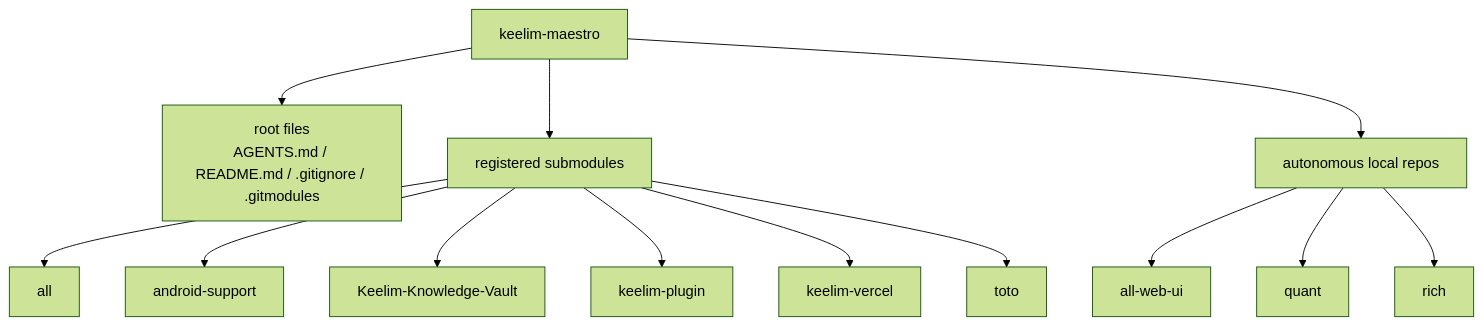
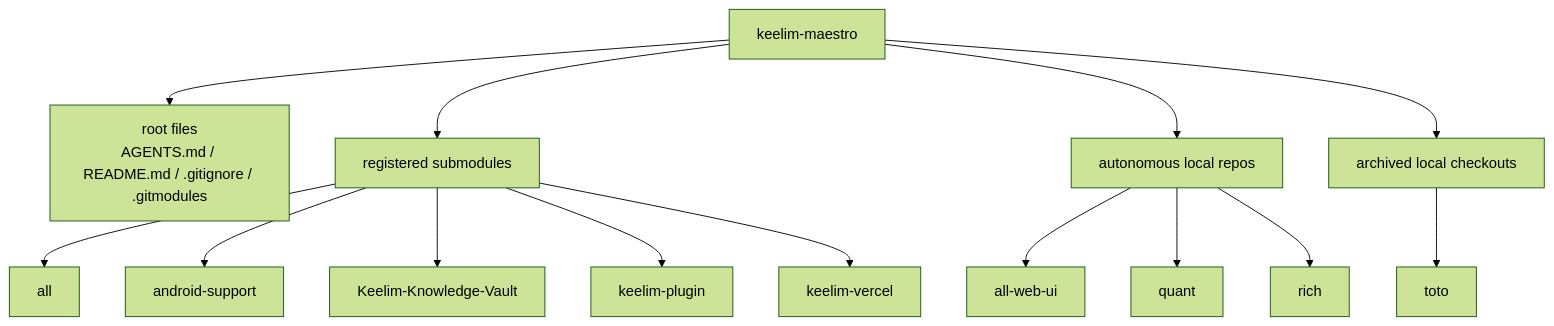
One commit to keelim/keelim-maestro changed the first of 2 diagrams in README.md. Above: the diagram before and after it, drawn with Mermaid (forest theme). The commit also changed other lines of this file and 23 other files, not shown here.

````diff
--- a/README.md
+++ b/README.md
@@ -7,19 +7,20 @@
 ```mermaid
 flowchart TB
     root["keelim-maestro"]
 
     root --> rootFiles["root files<br/>AGENTS.md / README.md / .gitignore / .gitmodules"]
     root --> submodules["registered submodules"]
     root --> localRepos["autonomous local repos"]
+    root --> archivedRepos["archived local checkouts"]
 
     submodules --> all["all"]
     submodules --> android["android-support"]
     submodules --> vault["Keelim-Knowledge-Vault"]
     submodules --> skill["keelim-plugin"]
     submodules --> vercel["keelim-vercel"]
-    submodules --> toto["toto"]
 
     localRepos --> allWebUi["all-web-ui"]
     localRepos --> quant["quant"]
     localRepos --> rich["rich"]
+    archivedRepos --> toto["toto"]
 ```
````
